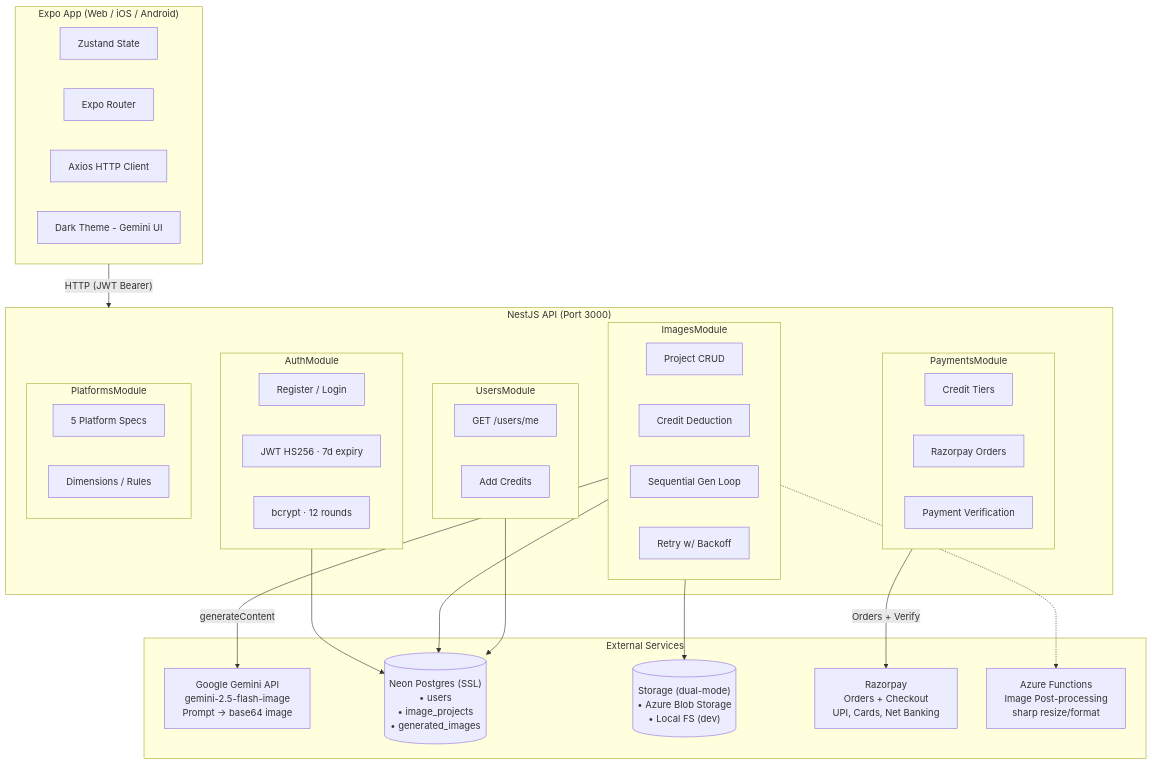
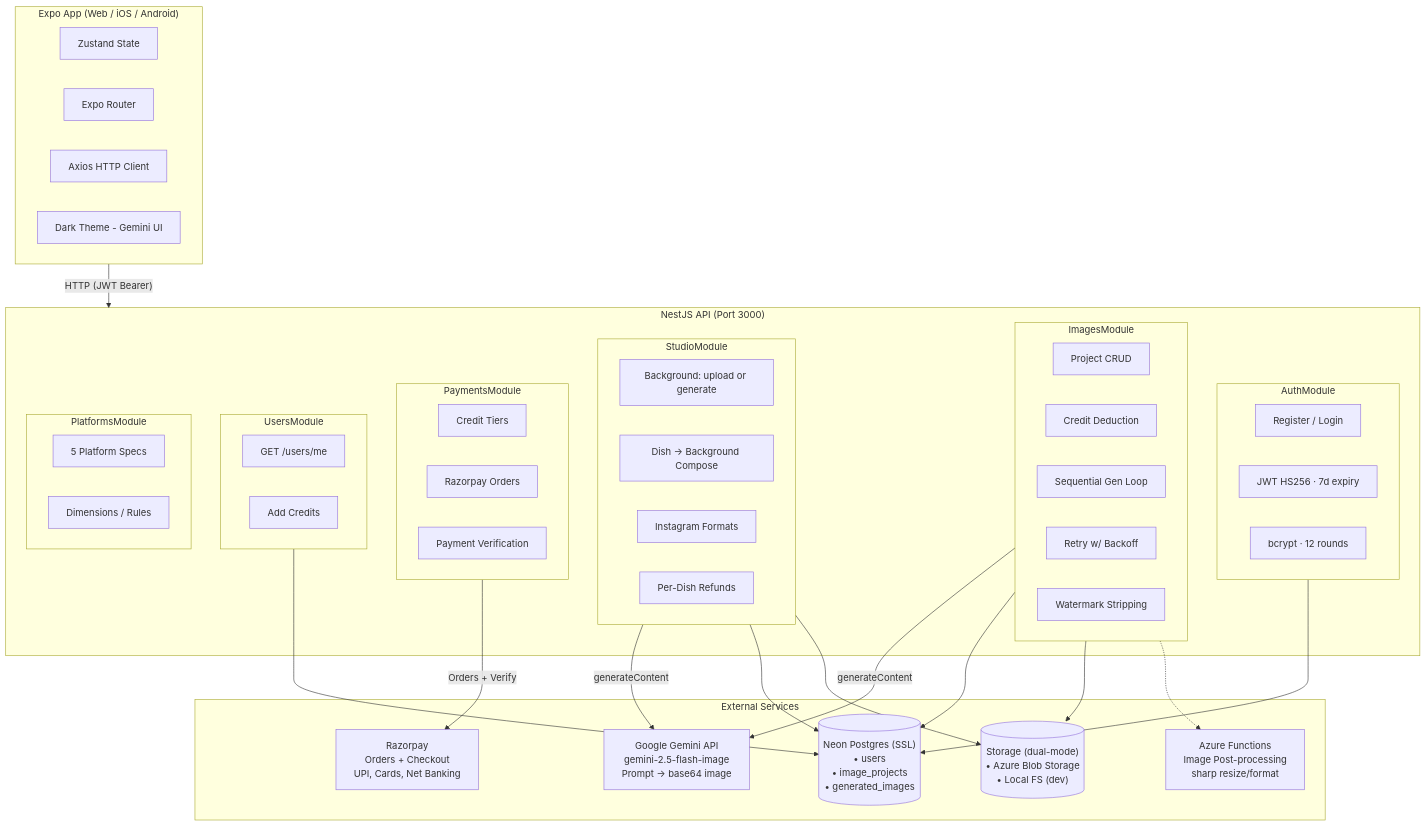
The first of 6 diagrams in README.md (learnwithsatyam/listic), drawn with Mermaid before and after one commit. The commit also changed other lines of this file and 28 other files, not shown here.

````diff
--- a/README.md
+++ b/README.md
@@ -9,53 +14,63 @@
 ```mermaid
 graph TB
     subgraph Client["Expo App (Web / iOS / Android)"]
         ZS[Zustand State]
         ER[Expo Router]
         AX[Axios HTTP Client]
         DT[Dark Theme - Gemini UI]
     end
 
     subgraph API["NestJS API (Port 3000)"]
         subgraph Auth[AuthModule]
             AL[Register / Login]
             JW[JWT HS256 · 7d expiry]
             BC[bcrypt · 12 rounds]
         end
         subgraph Images[ImagesModule]
             PC[Project CRUD]
             CD[Credit Deduction]
             GL[Sequential Gen Loop]
             RB[Retry w/ Backoff]
+            WM[Watermark Stripping]
+        end
+        subgraph Studio[StudioModule]
+            BG[Background: upload or generate]
+            CM[Dish → Background Compose]
+            SF[Instagram Formats]
+            PR[Per-Dish Refunds]
         end
         subgraph Payments[PaymentsModule]
             PT[Credit Tiers]
             CO[Razorpay Orders]
             VR[Payment Verification]
         end
         subgraph Users[UsersModule]
             UM[GET /users/me]
             AC[Add Credits]
         end
         subgraph Platforms[PlatformsModule]
             PS[5 Platform Specs]
             DR[Dimensions / Rules]
         end
     end
 
     subgraph External[External Services]
         GEM["Google Gemini API\ngemini-2.5-flash-image\nPrompt → base64 image"]
         DB[("Neon Postgres (SSL)\n• users\n• image_projects\n• generated_images")]
         STR[("Storage (dual-mode)\n• Azure Blob Storage\n• Local FS (dev)")]
         RAZORPAY["Razorpay\nOrders + Checkout\nUPI, Cards, Net Banking"]
         AF["Azure Functions\nImage Post-processing\nsharp resize/format"]
     end
 
     Client -->|"HTTP (JWT Bearer)"| API
     Images -->|generateContent| GEM
+    Studio -->|generateContent| GEM
+    Studio --> DB
+    Studio --> STR
     Payments -->|Orders + Verify| RAZORPAY
     Auth --> DB
     Images --> DB
     Users --> DB
     Images --> STR
     Images -.-> AF
 ```
````
